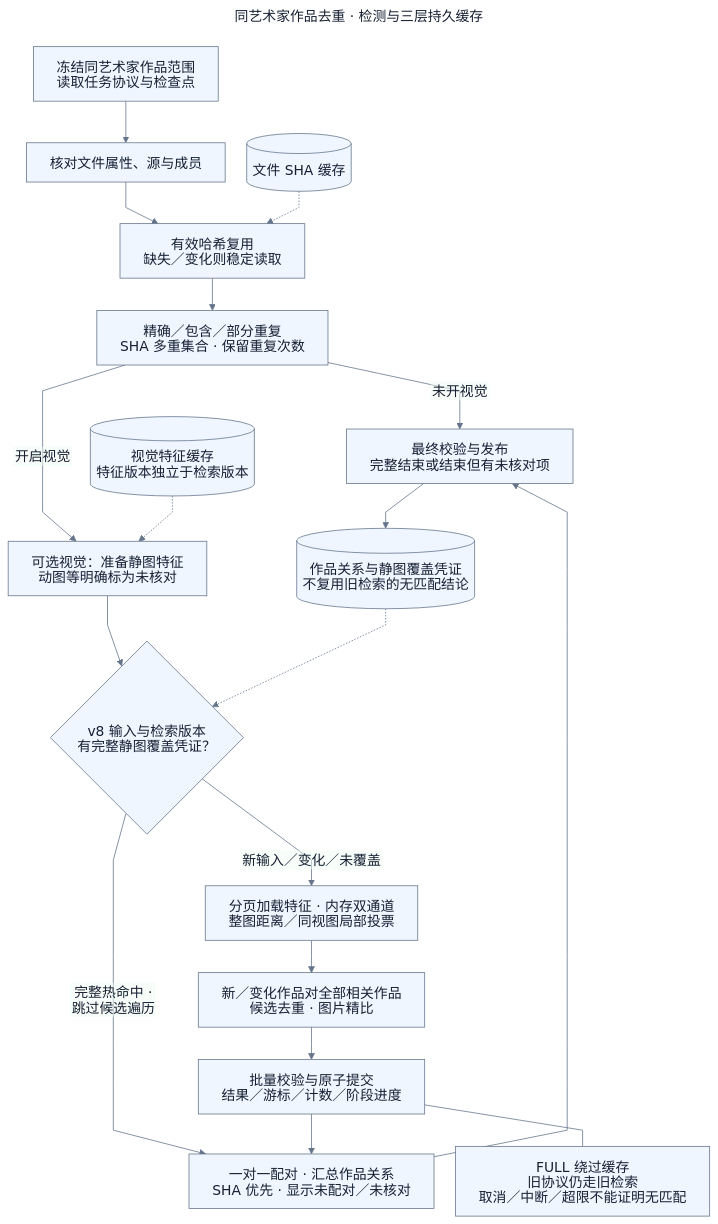
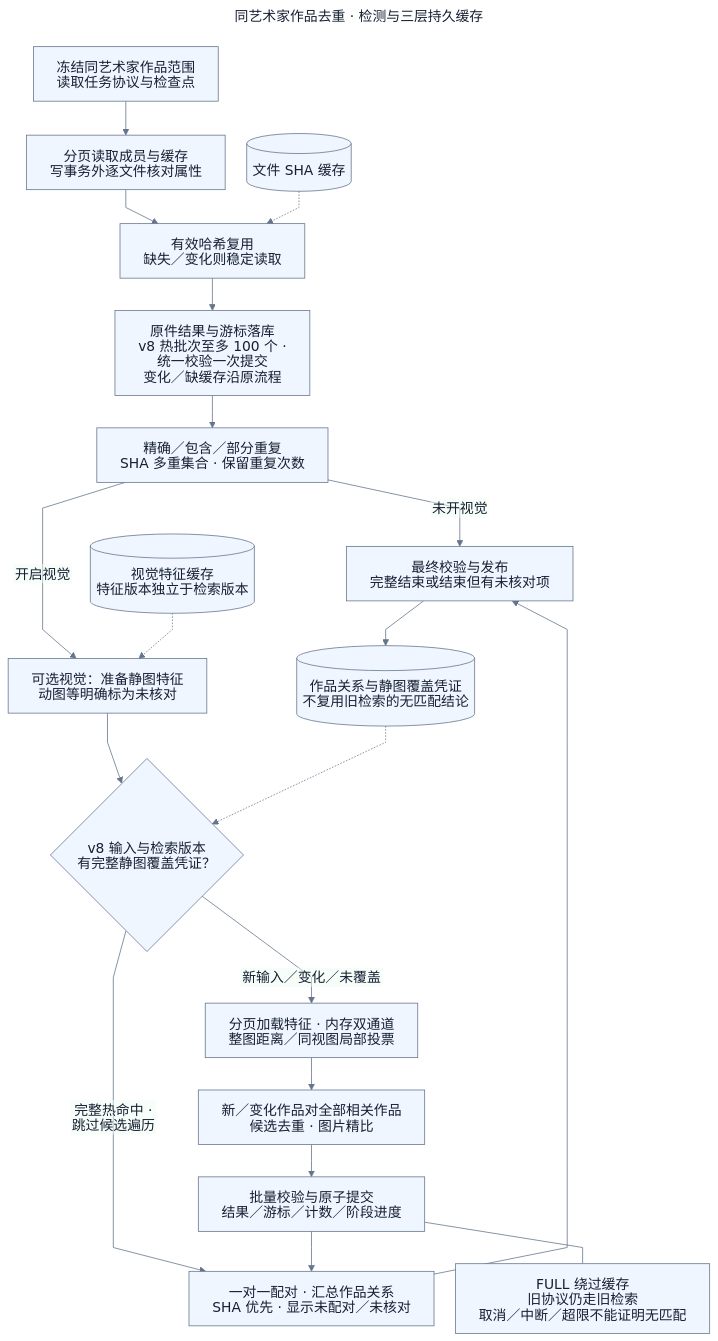
The diagram in docs/diagrams/features/artwork-deduplication/detection.mmd (namehu/PixiShelf), drawn with Mermaid before and after one commit. The commit also changed 34 other files, not shown here.

```diff
--- a/docs/diagrams/features/artwork-deduplication/detection.mmd
+++ b/docs/diagrams/features/artwork-deduplication/detection.mmd
@@ -1,48 +1,49 @@
 ---
 config:
   theme: base
   htmlLabels: false
   themeVariables:
     fontFamily: 'Arial, PingFang SC, Microsoft YaHei, sans-serif'
     fontSize: 18px
     background: '#ffffff'
     primaryColor: '#eff6ff'
     primaryTextColor: '#172033'
     primaryBorderColor: '#64748b'
     lineColor: '#64748b'
     secondaryColor: '#f0fdf4'
     tertiaryColor: '#fff7ed'
   flowchart:
     htmlLabels: false
     curve: linear
     nodeSpacing: 28
     rankSpacing: 42
     wrappingWidth: 340
 title: 同艺术家作品去重 · 检测与三层持久缓存
 ---
 flowchart TB
   D01[冻结同艺术家作品范围<br/>读取任务协议与检查点]
-  D02[核对文件属性、源与成员]
+  D02[分页读取成员与缓存<br/>写事务外逐文件核对属性]
   D03[(文件 SHA 缓存)]
   D04[有效哈希复用<br/>缺失／变化则稳定读取]
   D05[精确／包含／部分重复<br/>SHA 多重集合 · 保留重复次数]
   D07[可选视觉：准备静图特征<br/>动图等明确标为未核对]
   D08[(视觉特征缓存<br/>特征版本独立于检索版本)]
   D09{v8 输入与检索版本<br/>有完整静图覆盖凭证？}
   D10[分页加载特征 · 内存双通道<br/>整图距离／同视图局部投票]
   D14[新／变化作品对全部相关作品<br/>候选去重 · 图片精比]
   D15[批量校验与原子提交<br/>结果／游标／计数／阶段进度]
   D16[一对一配对 · 汇总作品关系<br/>SHA 优先 · 显示未配对／未核对]
   D11[(作品关系与静图覆盖凭证<br/>不复用旧检索的无匹配结论)]
   D12[最终校验与发布<br/>完整结束或结束但有未核对项]
-  D01 --> D02 --> D04 --> D05
+  D17[原件结果与游标落库<br/>v8 热批次至多 100 个 · 统一校验一次提交<br/>变化／缺缓存沿原流程]
+  D01 --> D02 --> D04 --> D17 --> D05
   D03 -.-> D04
   D05 -->|未开视觉| D12
   D05 -->|开启视觉| D07 --> D09
   D08 -.-> D07
   D11 -.-> D09
   D09 -->|完整热命中 · 跳过候选遍历| D16
   D09 -->|新输入／变化／未覆盖| D10 --> D14 --> D15 --> D16
   D16 --> D12 --> D11
   D13[FULL 绕过缓存<br/>旧协议仍走旧检索<br/>取消／中断／超限不能证明无匹配]
   D15 --- D13
```
